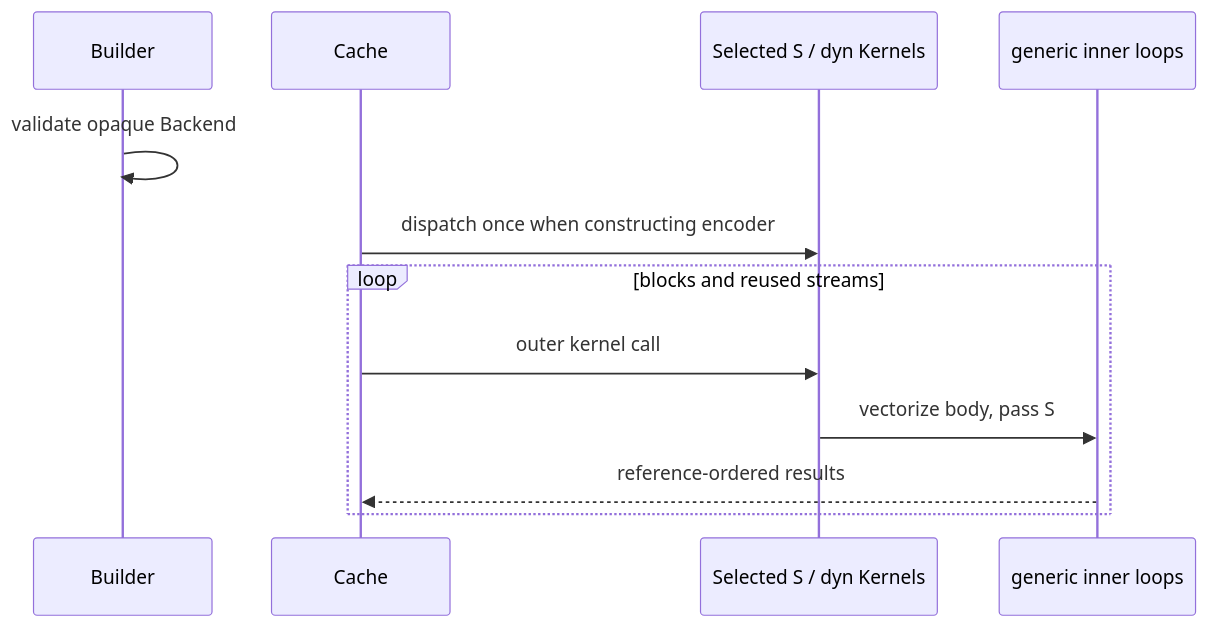
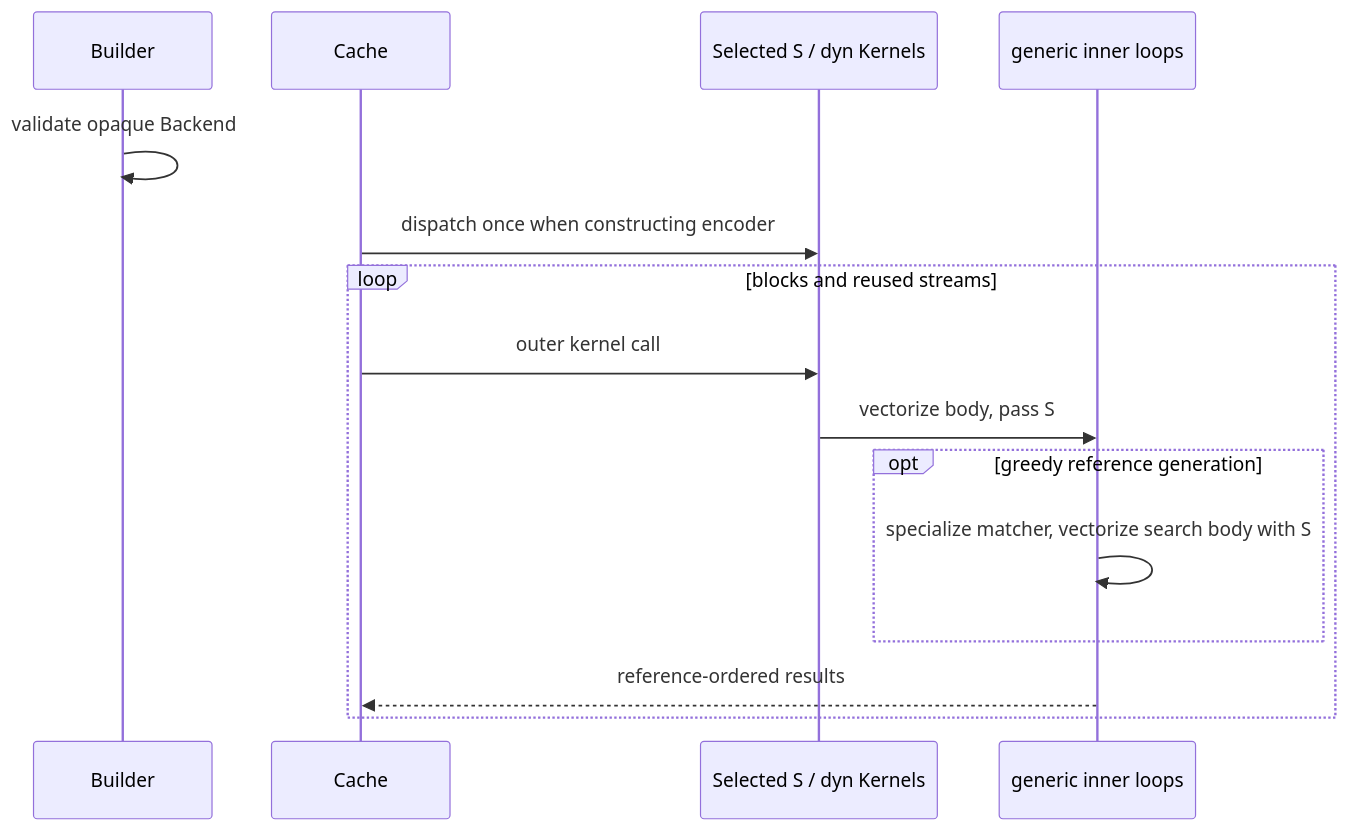
Before and after one commit to Mnwa/mbrotli: the seventh of 7 diagrams in architecture/encoder-workspace.md, drawn with Mermaid. The commit also changed other lines of this file and 34 other files, not shown here.

````diff
--- a/architecture/encoder-workspace.md
+++ b/architecture/encoder-workspace.md
@@ -151,14 +229,17 @@
 ```mermaid
 sequenceDiagram
     participant Builder
     participant Cache
     participant Selected as Selected S / dyn Kernels
     participant Inner as generic inner loops
     Builder->>Builder: validate opaque Backend
     Cache->>Selected: dispatch once when constructing encoder
     loop blocks and reused streams
         Cache->>Selected: outer kernel call
         Selected->>Inner: vectorize body, pass S
+        opt greedy reference generation
+            Inner->>Inner: specialize matcher, vectorize search body with S
+        end
         Inner-->>Cache: reference-ordered results
     end
 ```
````
